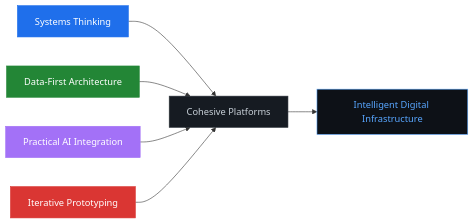
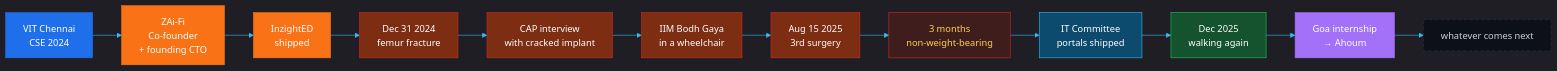
One commit to techy-zai-fi/techy-zai-fi changed the diagram in README.md. Above: the diagram before and after it, drawn with Mermaid. The commit also changed other lines of this file and 1 other file, not shown here.

````diff
--- a/README.md
+++ b/README.md
@@ -78,15 +187,28 @@
 ```mermaid
-graph LR
-    A[Systems Thinking] --> E[Cohesive Platforms]
-    B[Data-First Architecture] --> E
-    C[Practical AI Integration] --> E
-    D[Iterative Prototyping] --> E
-    E --> F[Intelligent Digital Infrastructure]
+%%{init: {'theme':'dark', 'themeVariables': {'primaryColor':'#f97316', 'primaryTextColor':'#fff', 'lineColor':'#38bdf8', 'tertiaryColor':'#0d1117'}}}%%
+flowchart LR
+    A[VIT Chennai<br/>CSE 2024] --> B[ZAi-Fi<br/>Co-founder<br/>+ founding CTO]
+    B --> C[InzightED<br/>shipped]
+    C --> D[Dec 31 2024<br/>femur fracture]
+    D --> E[CAP interview<br/>with cracked implant]
+    E --> F[IIM Bodh Gaya<br/>in a wheelchair]
+    F --> G[Aug 15 2025<br/>3rd surgery]
+    G --> H[3 months<br/>non-weight-bearing]
+    H --> I[IT Committee<br/>portals shipped]
+    I --> J[Dec 2025<br/>walking again]
+    J --> K[Goa internship<br/>→ Ahoum]
+    K --> L[whatever comes next]
 
-    style A fill:#1f6feb,stroke:#1f6feb,color:#fff
-    style B fill:#238636,stroke:#238636,color:#fff
-    style C fill:#a371f7,stroke:#a371f7,color:#fff
-    style D fill:#da3633,stroke:#da3633,color:#fff
-    style E fill:#161b22,stroke:#30363d,color:#c9d1d9
-    style F fill:#0d1117,stroke:#58a6ff,color:#58a6ff
+    style A fill:#1f6feb,color:#fff,stroke:#1f6feb
+    style B fill:#f97316,color:#fff,stroke:#f97316
+    style C fill:#f97316,color:#fff,stroke:#f97316
+    style D fill:#7c2d12,color:#fff,stroke:#dc2626
+    style E fill:#7c2d12,color:#fff,stroke:#dc2626
+    style F fill:#7c2d12,color:#fff,stroke:#dc2626
+    style G fill:#7c2d12,color:#fff,stroke:#dc2626
+    style H fill:#3f1d1d,color:#fcd34d,stroke:#dc2626
+    style I fill:#0c4a6e,color:#fff,stroke:#38bdf8
+    style J fill:#14532d,color:#fff,stroke:#22c55e
+    style K fill:#a371f7,color:#fff,stroke:#a371f7
+    style L fill:#0d1117,color:#c9d1d9,stroke:#30363d,stroke-dasharray: 5 5
 ```
````
